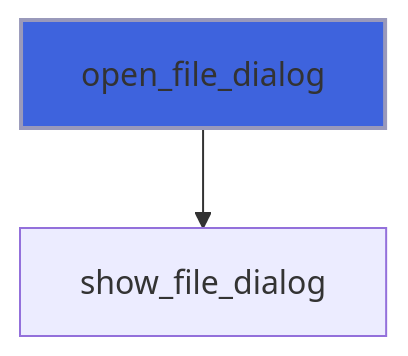
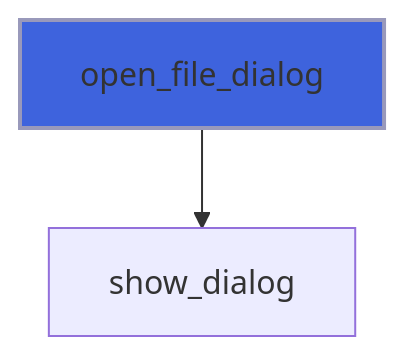
Before and after one commit to szaghi/figure: diagram 20 of 41 in docs/api/src/lib/figure_app.md, drawn with Mermaid. The commit also changed other lines of this file and 10 other files, not shown here.

````diff
--- a/docs/api/src/lib/figure_app.md
+++ b/docs/api/src/lib/figure_app.md
@@ -717,5 +768,5 @@
 ```mermaid
 flowchart TD
-  open_file_dialog["open_file_dialog"] --> show_file_dialog["show_file_dialog"]
+  open_file_dialog["open_file_dialog"] --> show_dialog["show_dialog"]
   style open_file_dialog fill:#3e63dd,stroke:#99b,stroke-width:2px
 ```
````
